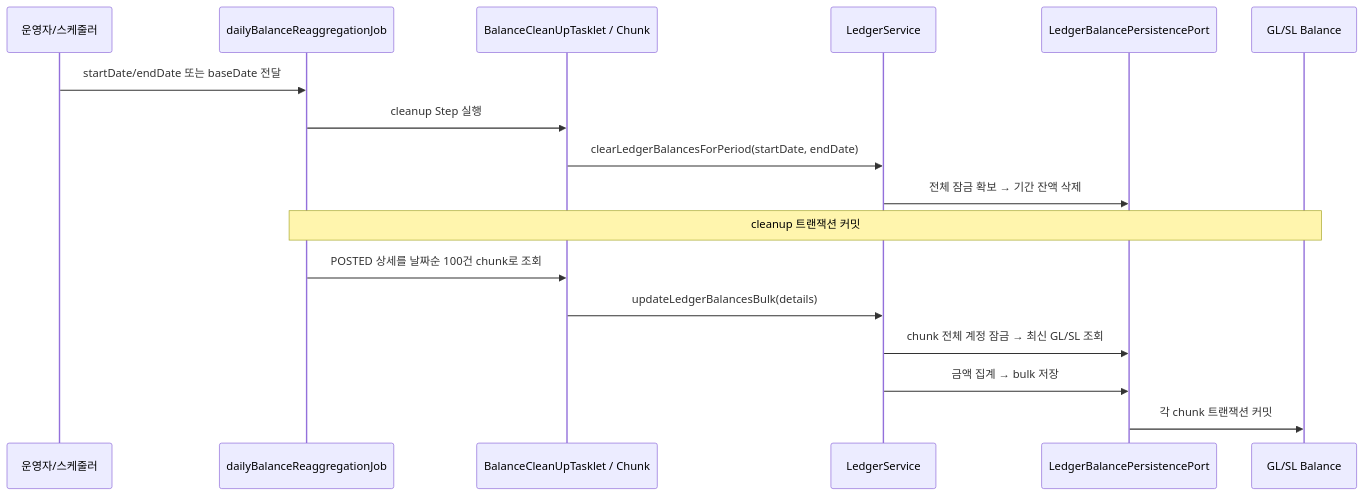
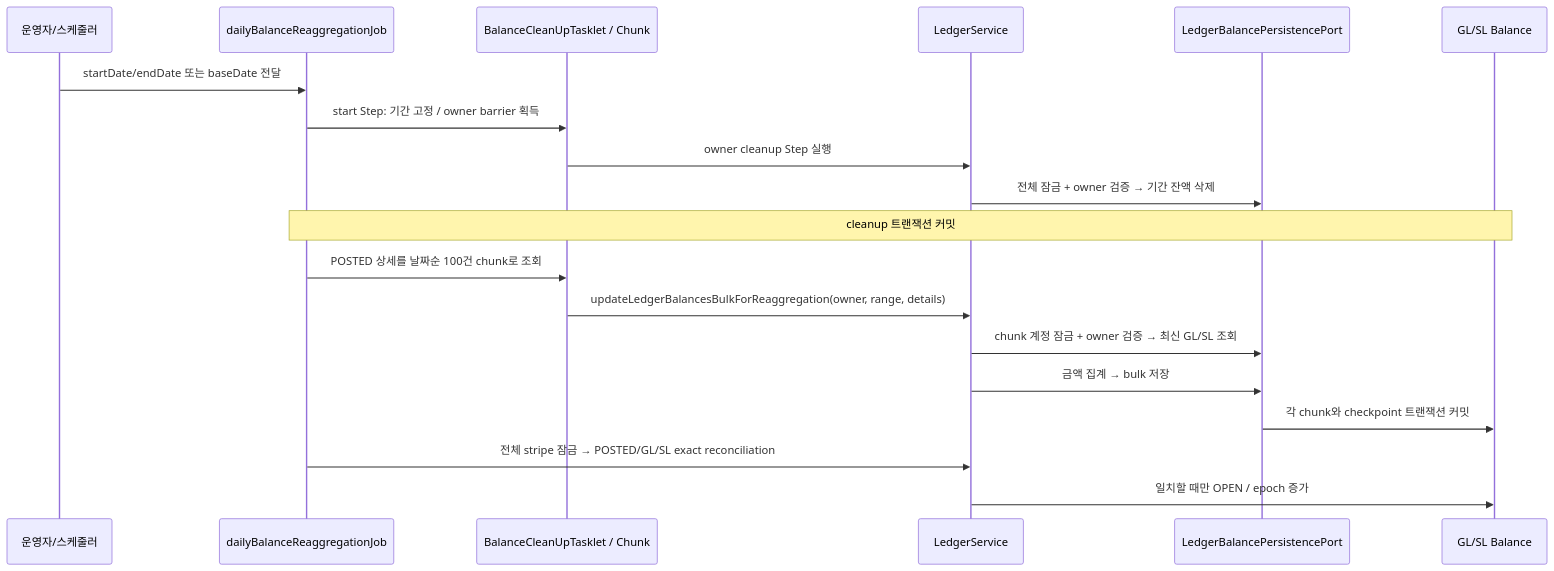
Before and after one commit to skyg547/account: the third of 3 diagrams in journal-ledger/docs/process-flow.md, drawn with Mermaid. The commit also changed other lines of this file and 33 other files, not shown here.

````diff
--- a/journal-ledger/docs/process-flow.md
+++ b/journal-ledger/docs/process-flow.md
@@ -196,20 +196,22 @@
 ```mermaid
 sequenceDiagram
     participant Scheduler as 운영자/스케줄러
     participant Batch as dailyBalanceReaggregationJob
     participant Tasklet as BalanceCleanUpTasklet / Chunk
     participant Service as LedgerService
     participant Port as LedgerBalancePersistencePort
     participant DB as GL/SL Balance
 
     Scheduler->>Batch: startDate/endDate 또는 baseDate 전달
-    Batch->>Tasklet: cleanup Step 실행
-    Tasklet->>Service: clearLedgerBalancesForPeriod(startDate, endDate)
-    Service->>Port: 전체 잠금 확보 → 기간 잔액 삭제
+    Batch->>Tasklet: start Step: 기간 고정 / owner barrier 획득
+    Tasklet->>Service: owner cleanup Step 실행
+    Service->>Port: 전체 잠금 + owner 검증 → 기간 잔액 삭제
     Note over Batch, DB: cleanup 트랜잭션 커밋
     Batch->>Tasklet: POSTED 상세를 날짜순 100건 chunk로 조회
-    Tasklet->>Service: updateLedgerBalancesBulk(details)
-    Service->>Port: chunk 전체 계정 잠금 → 최신 GL/SL 조회
+    Tasklet->>Service: updateLedgerBalancesBulkForReaggregation(owner, range, details)
+    Service->>Port: chunk 계정 잠금 + owner 검증 → 최신 GL/SL 조회
     Service->>Port: 금액 집계 → bulk 저장
-    Port->>DB: 각 chunk 트랜잭션 커밋
+    Port->>DB: 각 chunk와 checkpoint 트랜잭션 커밋
+    Batch->>Service: 전체 stripe 잠금 → POSTED/GL/SL exact reconciliation
+    Service->>DB: 일치할 때만 OPEN / epoch 증가
 ```
````
